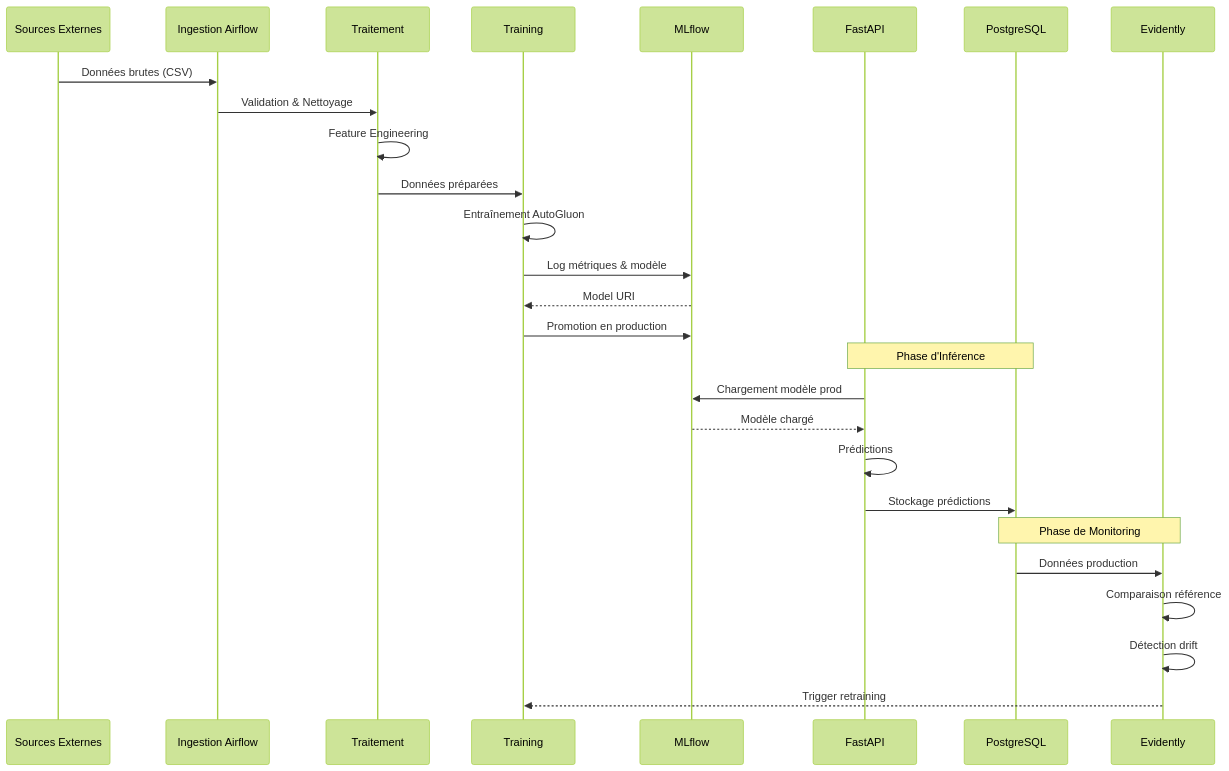
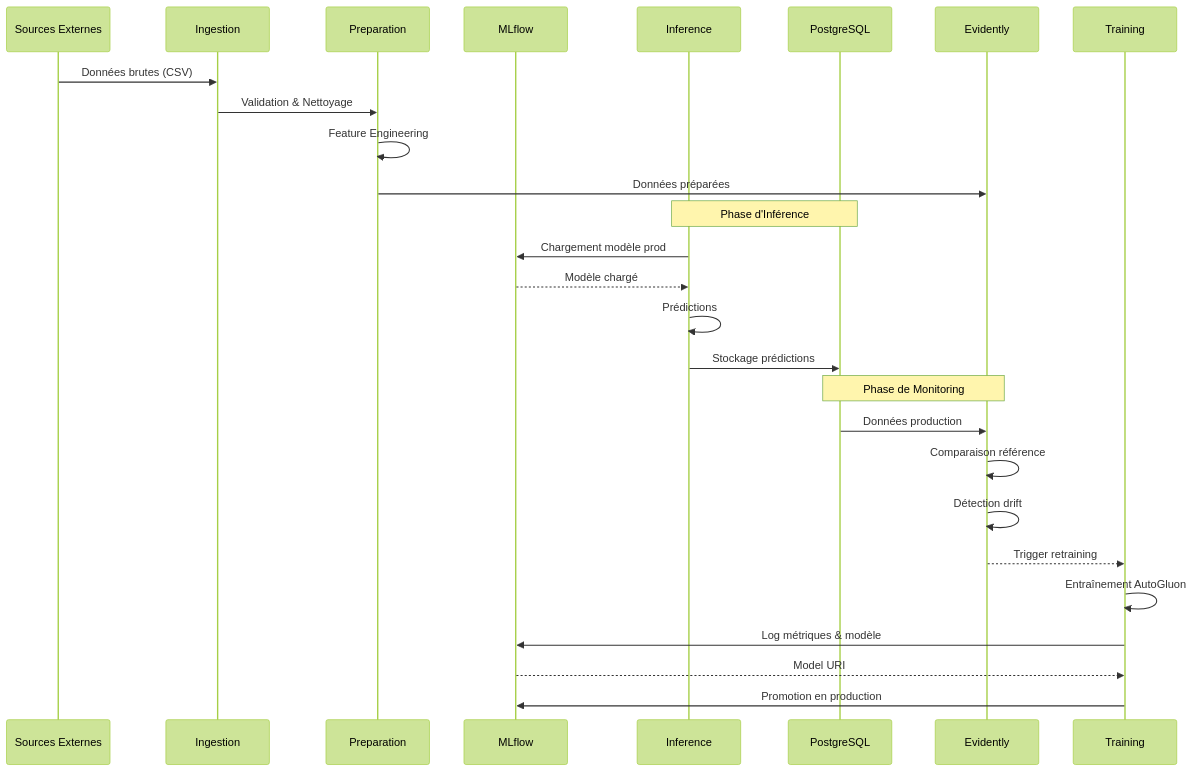
The third of 6 diagrams in Services/docsify/docs/architecture-globale.md (jinsudai/jinsudai), drawn with Mermaid (forest theme) before and after one commit. The commit also changed other lines of this file and 9 other files, not shown here.

````diff
--- a/Services/docsify/docs/architecture-globale.md
+++ b/Services/docsify/docs/architecture-globale.md
@@ -109,34 +99,34 @@
 ```mermaid
 sequenceDiagram
     participant Source as Sources Externes
-    participant Ingest as Ingestion Airflow
-    participant Process as Traitement
-    participant Train as Training
+    participant Ingest as Ingestion
+    participant Process as Preparation
     participant MLflow as MLflow
-    participant API as FastAPI
+    participant API as Inference
     participant DB as PostgreSQL
     participant Monitor as Evidently
+    participant Train as Training
     
     Source->>Ingest: Données brutes (CSV)
     Ingest->>Process: Validation & Nettoyage
     Process->>Process: Feature Engineering
-    Process->>Train: Données préparées
-    Train->>Train: Entraînement AutoGluon
-    Train->>MLflow: Log métriques & modèle
-    MLflow-->>Train: Model URI
-    Train->>MLflow: Promotion en production
+    Process->>Monitor: Données préparées
     
     Note over API,DB: Phase d'Inférence
     
     API->>MLflow: Chargement modèle prod
     MLflow-->>API: Modèle chargé
     API->>API: Prédictions
     API->>DB: Stockage prédictions
     
     Note over DB,Monitor: Phase de Monitoring
     
     DB->>Monitor: Données production
     Monitor->>Monitor: Comparaison référence
     Monitor->>Monitor: Détection drift
     Monitor-->>Train: Trigger retraining
+    Train->>Train: Entraînement AutoGluon
+    Train->>MLflow: Log métriques & modèle
+    MLflow-->>Train: Model URI
+    Train->>MLflow: Promotion en production
 ```
````
